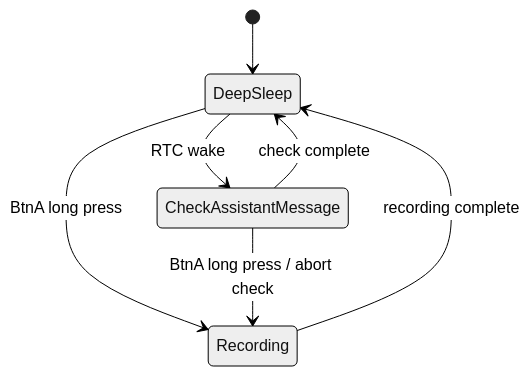
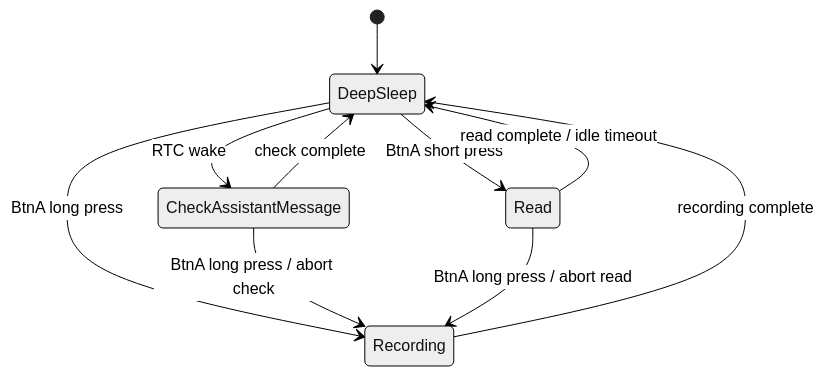
The diagram in docs/state.md (vm0-ai/zero-buddy), drawn with Mermaid (neutral theme) before and after one commit. The commit also changed other lines of this file and 14 other files, not shown here.

````diff
--- a/docs/state.md
+++ b/docs/state.md
@@ -109,12 +122,16 @@
 ```mermaid
 stateDiagram-v2
     [*] --> DeepSleep
 
     DeepSleep --> CheckAssistantMessage: RTC wake
     CheckAssistantMessage --> DeepSleep: check complete
 
+    DeepSleep --> Read: BtnA short press
+    Read --> DeepSleep: read complete / idle timeout
+
     DeepSleep --> Recording: BtnA long press
     CheckAssistantMessage --> Recording: BtnA long press / abort check
+    Read --> Recording: BtnA long press / abort read
 
     Recording --> DeepSleep: recording complete
 ```
````
